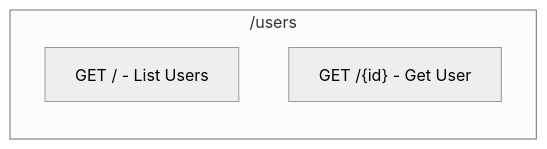
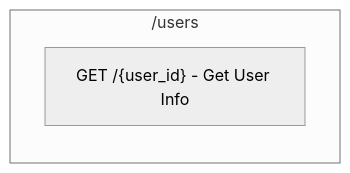
Before and after one commit to rom-orlovich/groote-ai: the fifth of 9 diagrams in api-services/slack-api/docs/ARCHITECTURE.md, drawn with Mermaid (neutral theme). The commit also changed other lines of this file and 99 other files, not shown here.

Commit message:
feat: Add comprehensive documentation for service features, architecture, and flows, and introduce a Claude skill for documentation synchronization.

````diff
--- a/api-services/slack-api/docs/ARCHITECTURE.md
+++ b/api-services/slack-api/docs/ARCHITECTURE.md
@@ -101,7 +101,6 @@
 ```mermaid
 graph LR
     subgraph Users["/users"]
-        U1["GET / - List Users"]
-        U2["GET /{id} - Get User"]
+        U1["GET /{user_id} - Get User Info"]
     end
 ```
````
